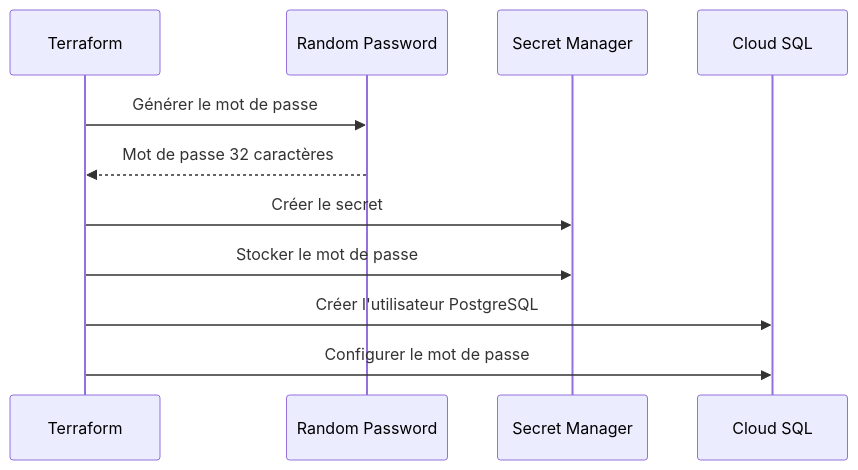
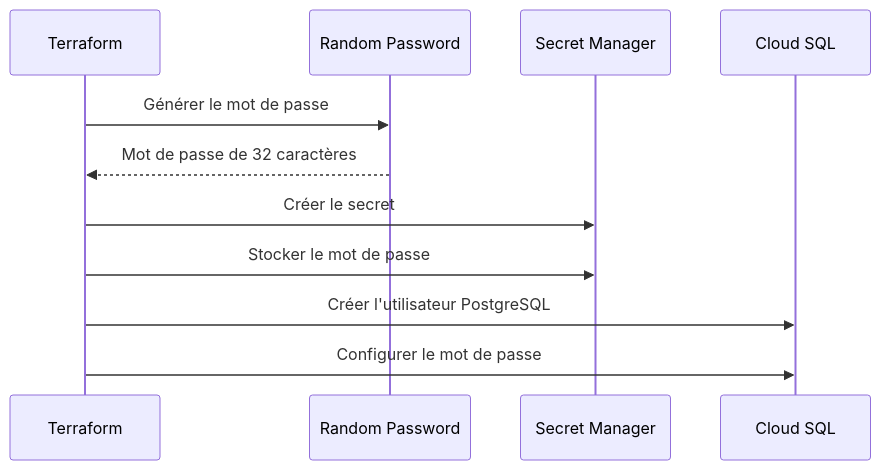
One commit to ismael-belghazi/medirdv changed the second of 3 diagrams in terraform/modules/database/README.md. Above: the diagram before and after it, drawn with Mermaid. The commit also changed other lines of this file and 6 other files, not shown here.

````diff
--- a/terraform/modules/database/README.md
+++ b/terraform/modules/database/README.md
@@ -190,16 +234,16 @@
 ```mermaid
 sequenceDiagram
     participant TF as Terraform
     participant RP as Random Password
     participant SM as Secret Manager
     participant SQL as Cloud SQL
 
     TF->>RP: Générer le mot de passe
-    RP-->>TF: Mot de passe 32 caractères
+    RP-->>TF: Mot de passe de 32 caractères
 
     TF->>SM: Créer le secret
     TF->>SM: Stocker le mot de passe
 
     TF->>SQL: Créer l'utilisateur PostgreSQL
     TF->>SQL: Configurer le mot de passe
 ```
````
